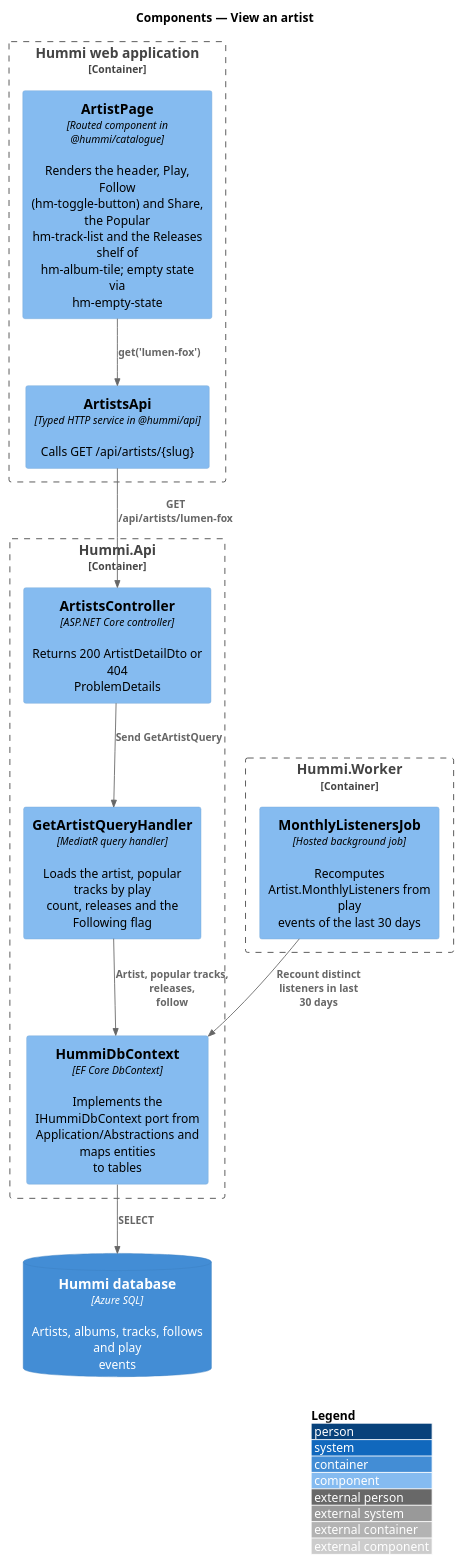
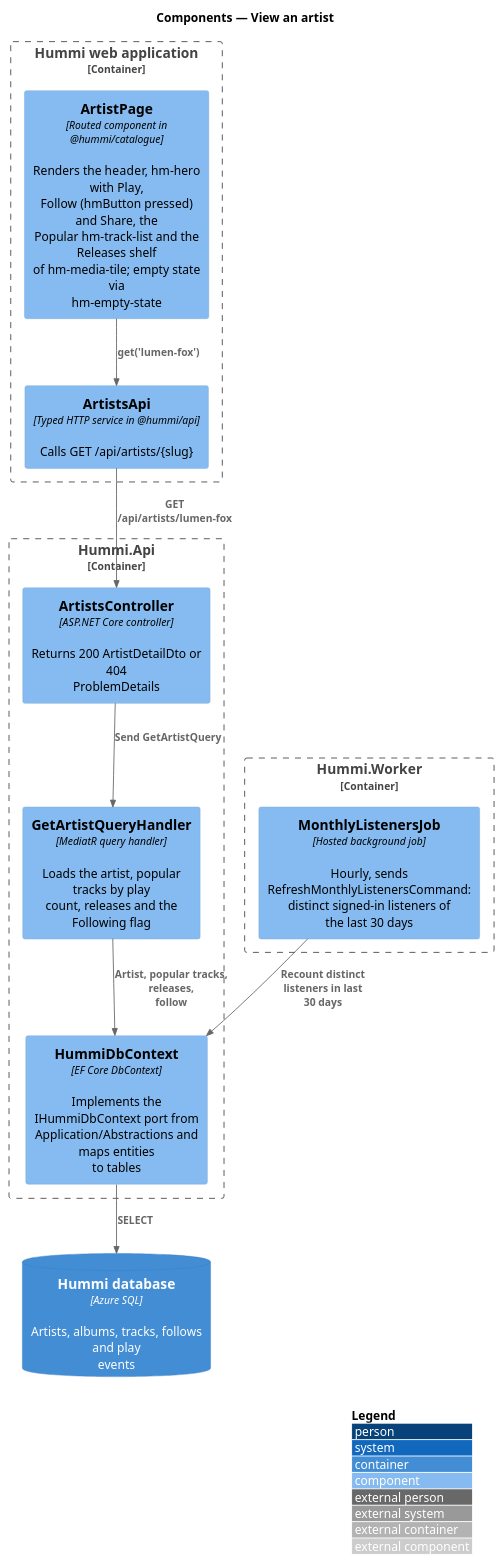
One commit to QuinntyneBrown/hummi changed the diagram in docs/detailed-designs/catalogue/view-artist/diagrams/c4-component.puml. Above: the diagram before and after it, drawn with PlantUML. The commit also changed 119 other files, not shown here.

First line of the commit message:
Explore catalogue pages: track, artist, album, licence and Not found

```diff
--- a/docs/detailed-designs/catalogue/view-artist/diagrams/c4-component.puml
+++ b/docs/detailed-designs/catalogue/view-artist/diagrams/c4-component.puml
@@ -1,25 +1,25 @@
 @startuml
 !include <C4/C4_Component>
 LAYOUT_WITH_LEGEND()
 title Components — View an artist
 
 Container_Boundary(spa, "Hummi web application") {
-  Component(page, "ArtistPage", "Routed component in @hummi/catalogue", "Renders the header, Play, Follow\n(hm-toggle-button) and Share, the Popular\nhm-track-list and the Releases shelf of\nhm-album-tile; empty state via\nhm-empty-state")
+  Component(page, "ArtistPage", "Routed component in @hummi/catalogue", "Renders the header, hm-hero with Play,\nFollow (hmButton pressed) and Share, the\nPopular hm-track-list and the Releases shelf\nof hm-media-tile; empty state via\nhm-empty-state")
   Component(client, "ArtistsApi", "Typed HTTP service in @hummi/api", "Calls GET /api/artists/{slug}")
 }
 Container_Boundary(api, "Hummi.Api") {
   Component(ctl, "ArtistsController", "ASP.NET Core controller", "Returns 200 ArtistDetailDto or 404\nProblemDetails")
   Component(q, "GetArtistQueryHandler", "MediatR query handler", "Loads the artist, popular tracks by play\ncount, releases and the Following flag")
   Component(ctx, "HummiDbContext", "EF Core DbContext", "Implements the IHummiDbContext port from\nApplication/Abstractions and maps entities\nto tables")
 }
 Container_Boundary(wk, "Hummi.Worker") {
-  Component(job, "MonthlyListenersJob", "Hosted background job", "Recomputes Artist.MonthlyListeners from play\nevents of the last 30 days")
+  Component(job, "MonthlyListenersJob", "Hosted background job", "Hourly, sends RefreshMonthlyListenersCommand:\ndistinct signed-in listeners of the last 30 days")
 }
 ContainerDb(db, "Hummi database", "Azure SQL", "Artists, albums, tracks, follows and play\nevents")
 Rel(page, client, "get('lumen-fox')")
 Rel(client, ctl, "GET /api/artists/lumen-fox")
 Rel(ctl, q, "Send GetArtistQuery")
 Rel(q, ctx, "Artist, popular tracks, releases,\nfollow")
 Rel(ctx, db, "SELECT")
 Rel(job, ctx, "Recount distinct listeners in last\n30 days")
 @enduml
```
